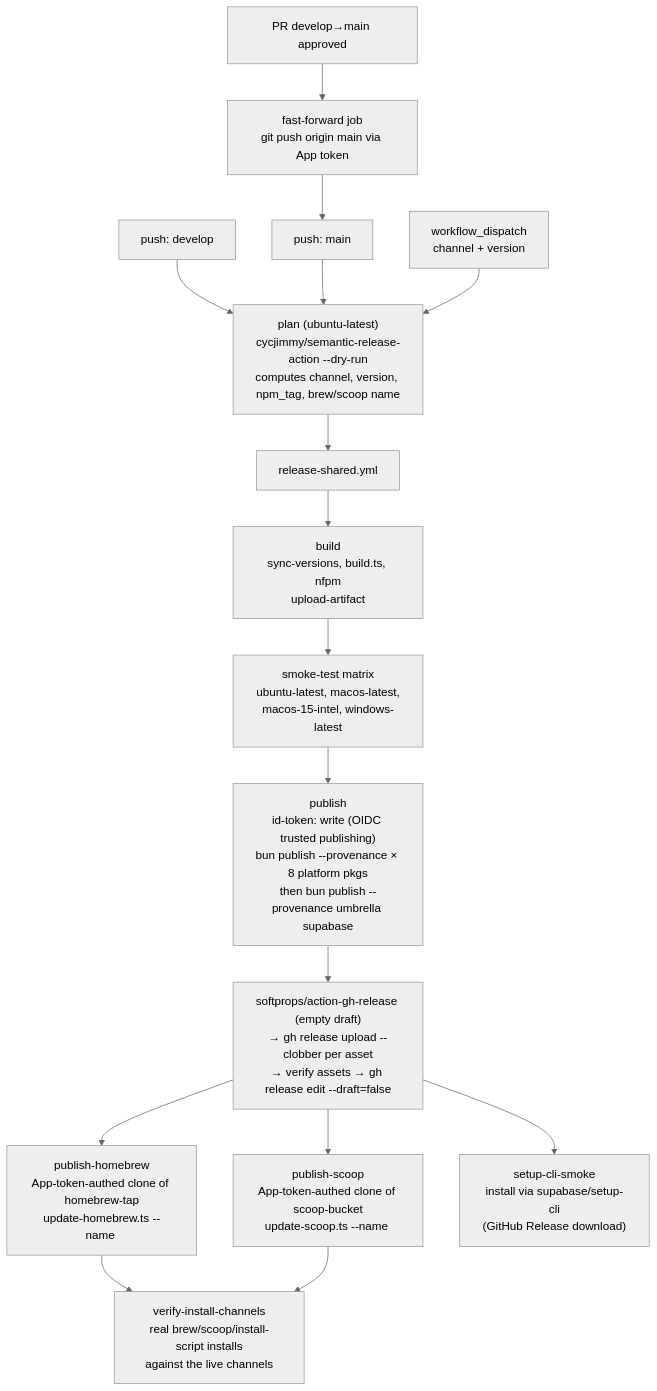
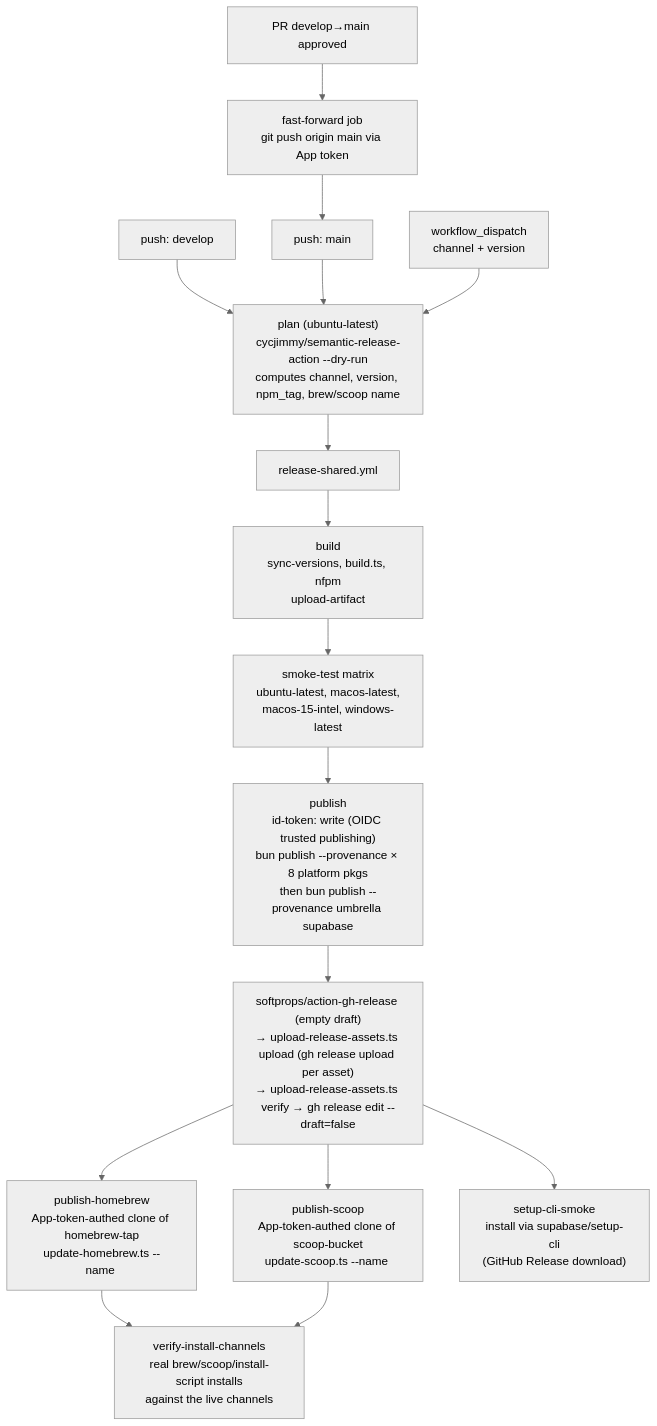
One commit to supabase/cli changed the second of 2 diagrams in apps/cli/docs/release-process.md. Above: the diagram before and after it, drawn with Mermaid (neutral theme). The commit also changed other lines of this file and 1 other file, not shown here.

First line of the commit message:
docs(cli): describe the release asset script (CLI-2455)

````diff
--- a/apps/cli/docs/release-process.md
+++ b/apps/cli/docs/release-process.md
@@ -220,22 +220,22 @@
 ```mermaid
 flowchart TD
     pushDev[push: develop] --> plan
     pushMain[push: main] --> plan
     pr[PR develop→main approved] --> ff[fast-forward job<br/>git push origin main via App token]
     ff --> pushMain
     dispatch[workflow_dispatch<br/>channel + version] --> plan
 
     plan["plan (ubuntu-latest)<br/>cycjimmy/semantic-release-action --dry-run<br/>computes channel, version, npm_tag, brew/scoop name"]
     plan --> shared
 
     shared["release-shared.yml"]
     shared --> build["build<br/>sync-versions, build.ts, nfpm<br/>upload-artifact"]
     build --> smoke["smoke-test matrix<br/>ubuntu-latest, macos-latest,<br/>macos-15-intel, windows-latest"]
     smoke --> pub["publish<br/>id-token: write (OIDC trusted publishing)<br/>bun publish --provenance × 8 platform pkgs<br/>then bun publish --provenance umbrella supabase"]
-    pub --> rel["softprops/action-gh-release (empty draft)<br/>→ gh release upload --clobber per asset<br/>→ verify assets → gh release edit --draft=false"]
+    pub --> rel["softprops/action-gh-release (empty draft)<br/>→ upload-release-assets.ts upload (gh release upload per asset)<br/>→ upload-release-assets.ts verify → gh release edit --draft=false"]
     rel --> hb["publish-homebrew<br/>App-token-authed clone of homebrew-tap<br/>update-homebrew.ts --name <brew_name>"]
     rel --> sc["publish-scoop<br/>App-token-authed clone of scoop-bucket<br/>update-scoop.ts --name <scoop_name>"]
     rel --> sucs["setup-cli-smoke<br/>install via supabase/setup-cli<br/>(GitHub Release download)"]
     hb --> vic["verify-install-channels<br/>real brew/scoop/install-script installs<br/>against the live channels"]
     sc --> vic
 ```
````
